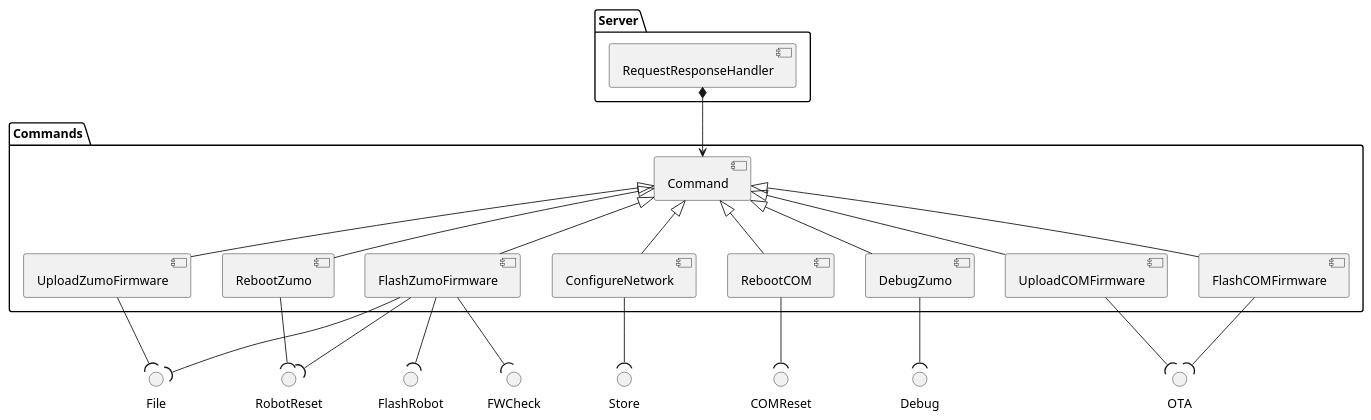
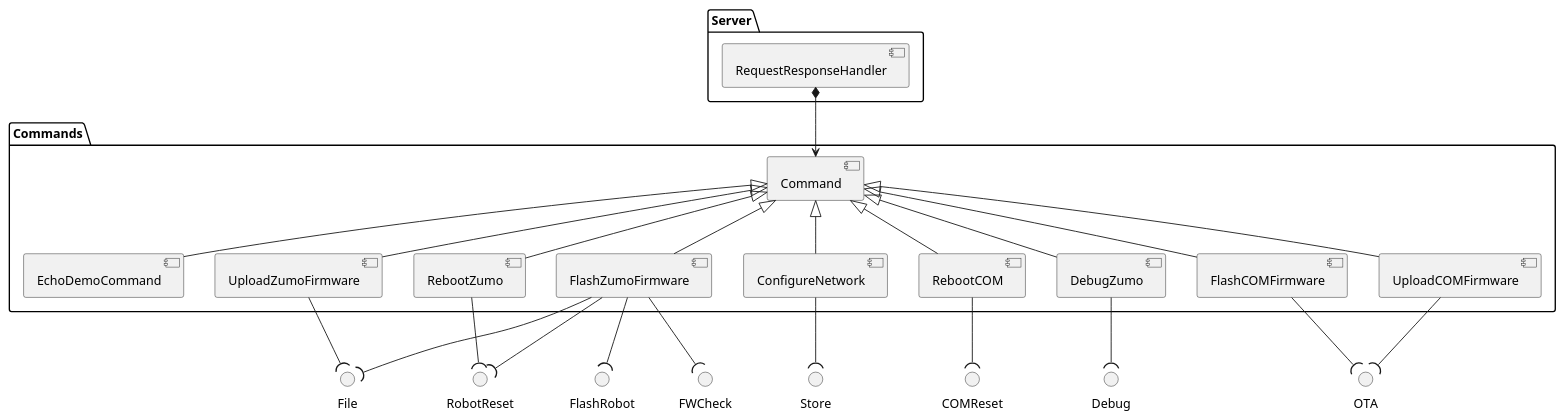
One commit to NewTec-GmbH/ZumoComSystem changed the diagram in doc/architecture/server/03_Commands.plantuml. Above: the diagram before and after it, drawn with PlantUML. The commit also changed 14 other files, not shown here.

```diff
--- a/doc/architecture/server/03_Commands.plantuml
+++ b/doc/architecture/server/03_Commands.plantuml
@@ -1,48 +1,50 @@
 @startuml
 package Server {
     component "RequestResponseHandler" as RequestResponseHandler
 }
 
 interface "COMReset" as comreset
 interface "RobotReset" as robotreset
 interface "Debug" as debug
 interface "OTA" as ota
 interface "FlashRobot" as flashrobot
 interface "FWCheck" as FWCheck
 interface "File" as File
 interface "Store" as Store
 
 package Commands {
     component Command
+    component "EchoDemoCommand" as echodemocommand
     component "UploadZumoFirmware" as uploadzumoservice
     component "FlashZumoFirmware" as flashzumoservice
     component "ConfigureNetwork" as credconfig
     component "RebootZumo" as resetzumoservice
     component "RebootCOM" as resetcomplatforomservice
     component "DebugZumo" as zumodebug
     component "UploadCOMFirmware" as uploadcomfirmware
     component "FlashCOMFirmware" as flashcomfirmware
 
+    Command <|-- echodemocommand
     Command <|-- uploadzumoservice
     Command <|-- flashzumoservice
     Command <|-- credconfig
     Command <|-- resetzumoservice
     Command <|-- resetcomplatforomservice
     Command <|-- zumodebug
     Command <|-- uploadcomfirmware
     Command <|-- flashcomfirmware
     RequestResponseHandler *--> Command
 
     uploadzumoservice -down-(File
     uploadcomfirmware -down-(ota
     flashcomfirmware -down-(ota
     credconfig -down-(Store
     flashzumoservice -down-(FWCheck
     flashzumoservice -down-(File
     flashzumoservice -down-(flashrobot
     flashzumoservice -down-(robotreset
     resetcomplatforomservice -down-(comreset
     resetzumoservice -down-(robotreset
     zumodebug -down-(debug
 }
 @enduml
```
